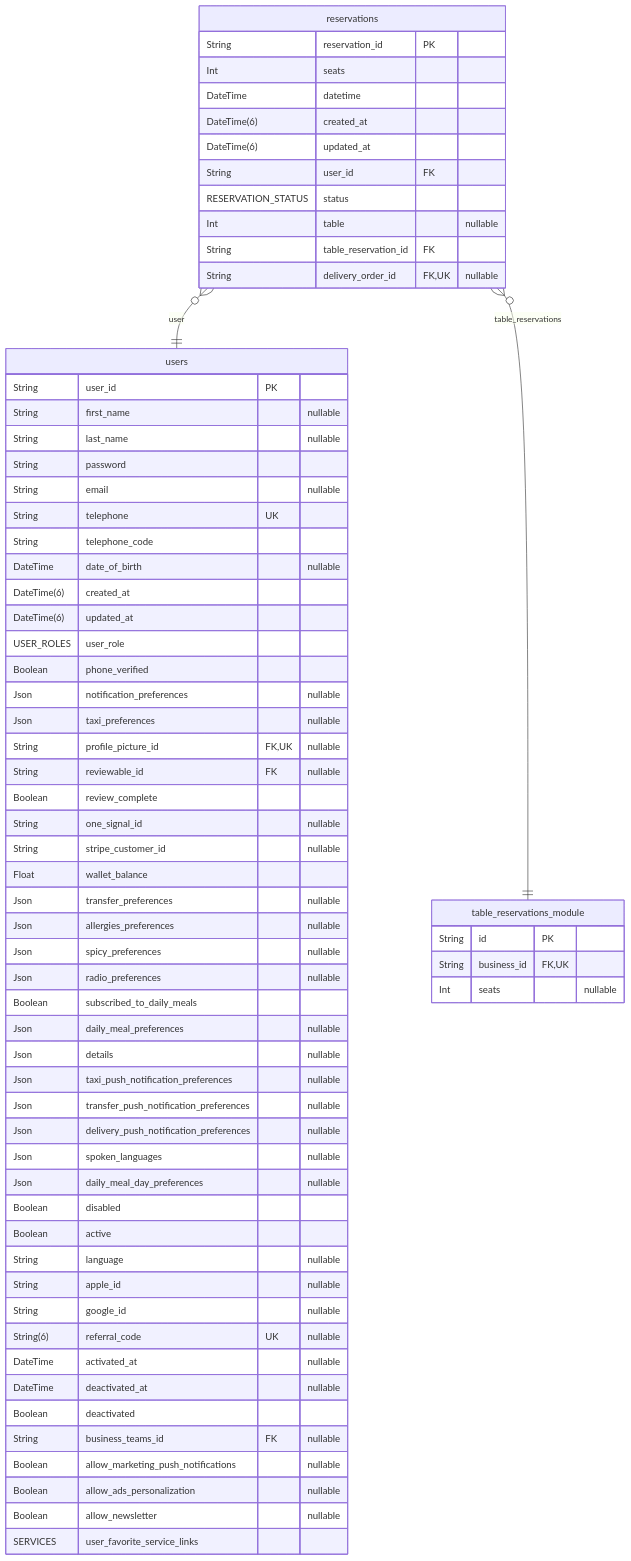
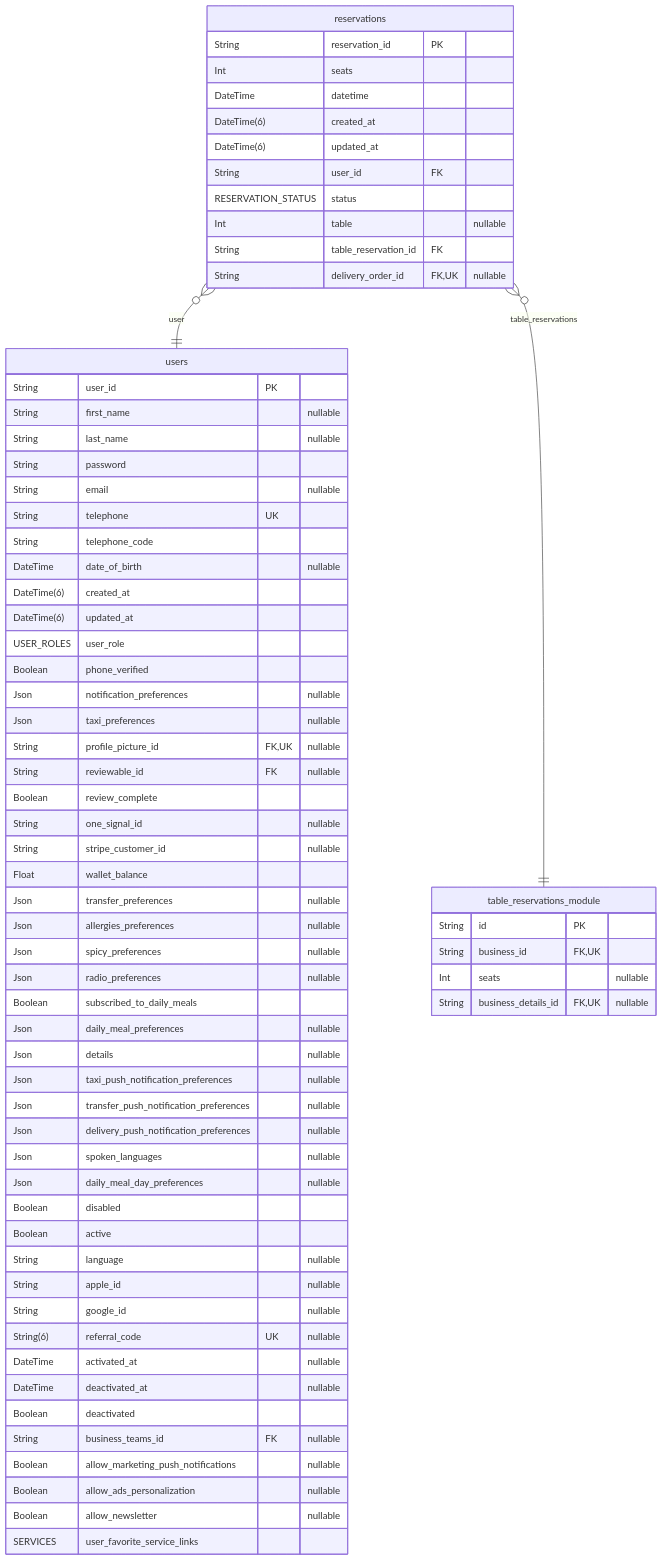
Before and after one commit to pbozic/be-analyisis: diagram 27 of 40 in prisma/schemas/ERD.md, drawn with Mermaid. The commit also changed other lines of this file and 9 other files, not shown here.

````diff
--- a/prisma/schemas/ERD.md
+++ b/prisma/schemas/ERD.md
@@ -4762,70 +4790,71 @@
 ```mermaid
 erDiagram
 "table_reservations_module" {
   String id PK
   String business_id FK,UK
   Int seats "nullable"
+  String business_details_id FK,UK "nullable"
 }
 "reservations" {
   String reservation_id PK
   Int seats
   DateTime datetime
   DateTime(6) created_at
   DateTime(6) updated_at
   String user_id FK
   RESERVATION_STATUS status
   Int table "nullable"
   String table_reservation_id FK
   String delivery_order_id FK,UK "nullable"
 }
 "users" {
   String user_id PK
   String first_name "nullable"
   String last_name "nullable"
   String password
   String email "nullable"
   String telephone UK
   String telephone_code
   DateTime date_of_birth "nullable"
   DateTime(6) created_at
   DateTime(6) updated_at
   USER_ROLES user_role
   Boolean phone_verified
   Json notification_preferences "nullable"
   Json taxi_preferences "nullable"
   String profile_picture_id FK,UK "nullable"
   String reviewable_id FK "nullable"
   Boolean review_complete
   String one_signal_id "nullable"
   String stripe_customer_id "nullable"
   Float wallet_balance
   Json transfer_preferences "nullable"
   Json allergies_preferences "nullable"
   Json spicy_preferences "nullable"
   Json radio_preferences "nullable"
   Boolean subscribed_to_daily_meals
   Json daily_meal_preferences "nullable"
   Json details "nullable"
   Json taxi_push_notification_preferences "nullable"
   Json transfer_push_notification_preferences "nullable"
   Json delivery_push_notification_preferences "nullable"
   Json spoken_languages "nullable"
   Json daily_meal_day_preferences "nullable"
   Boolean disabled
   Boolean active
   String language "nullable"
   String apple_id "nullable"
   String google_id "nullable"
   String(6) referral_code UK "nullable"
   DateTime activated_at "nullable"
   DateTime deactivated_at "nullable"
   Boolean deactivated
   String business_teams_id FK "nullable"
   Boolean allow_marketing_push_notifications "nullable"
   Boolean allow_ads_personalization "nullable"
   Boolean allow_newsletter "nullable"
   SERVICES user_favorite_service_links
 }
 "reservations" }o--|| "users" : user
 "reservations" }o--|| "table_reservations_module" : table_reservations
 ```
````
